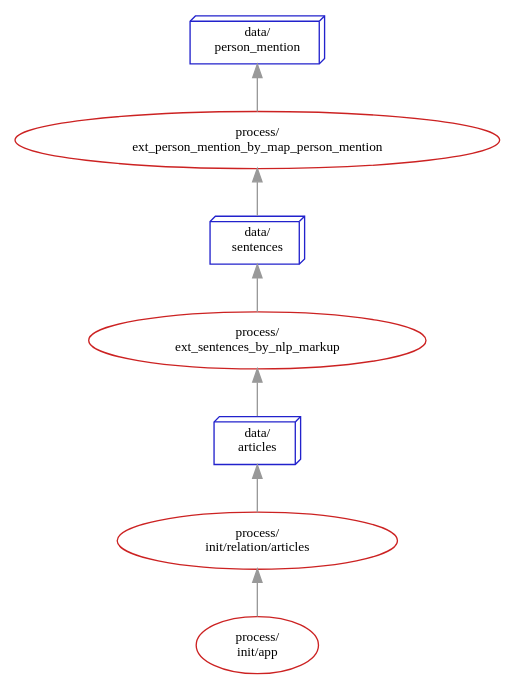
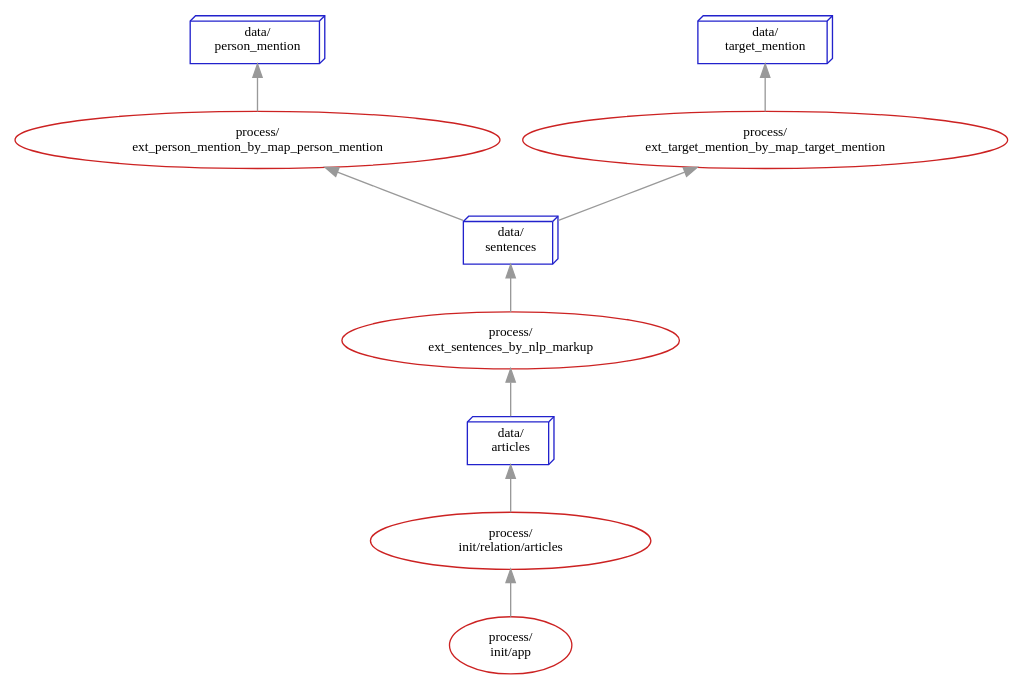
The diagram in app/planetaryir/run/dataflow.dot (USCDataScience/PlanetaryIR), drawn with Graphviz before and after one commit. The commit also changed 44 other files, not shown here.

```diff
--- a/app/planetaryir/run/dataflow.dot
+++ b/app/planetaryir/run/dataflow.dot
@@ -1,77 +1,97 @@
 
 digraph "planetaryir data flow" {
     graph[rankdir=BT  # bottom-to-top drawing (or RL/right-to-left may also make sense)
     ];
     node [shape=box
          ,style=dotted
          ,fontsize=10
          ,fontname="Ubuntu Mono,Envy Code R,Oxygen Mono,Consolas,Menlo,Monaco,Andale Mono"
     ];
     edge [color="#999999"];
 
 
 "process/
 init/app" [shape=ellipse  color="#cc2222" style=solid];
 
 "process/
 init/relation/articles" [shape=ellipse  color="#cc2222" style=solid];
 
 "process/
 init/app" -> "process/
 init/relation/articles" [
 label=""
 
 ];
 
 "process/
 ext_person_mention_by_map_person_mention" [shape=ellipse  color="#cc2222" style=solid];
 
 "data/
 sentences" -> "process/
 ext_person_mention_by_map_person_mention" [
 label=""
 
 ];
 
 "process/
 ext_sentences_by_nlp_markup" [shape=ellipse  color="#cc2222" style=solid];
 
 "data/
 articles" -> "process/
 ext_sentences_by_nlp_markup" [
 label=""
 
 ];
 
+"process/
+ext_target_mention_by_map_target_mention" [shape=ellipse  color="#cc2222" style=solid];
+
+"data/
+sentences" -> "process/
+ext_target_mention_by_map_target_mention" [
+label=""
+
+];
+
 "data/
 articles" [shape=box3d    color="#2222cc" style=solid];
 
 "process/
 init/relation/articles" -> "data/
 articles" [
 label=""
 
 ];
 
 "data/
 person_mention" [shape=box3d    color="#2222cc" style=solid];
 
 "process/
 ext_person_mention_by_map_person_mention" -> "data/
 person_mention" [
 label=""
 
 ];
 
 "data/
 sentences" [shape=box3d    color="#2222cc" style=solid];
 
 "process/
 ext_sentences_by_nlp_markup" -> "data/
 sentences" [
 label=""
 
 ];
 
+"data/
+target_mention" [shape=box3d    color="#2222cc" style=solid];
+
+"process/
+ext_target_mention_by_map_target_mention" -> "data/
+target_mention" [
+label=""
+
+];
+
 
 }
```
